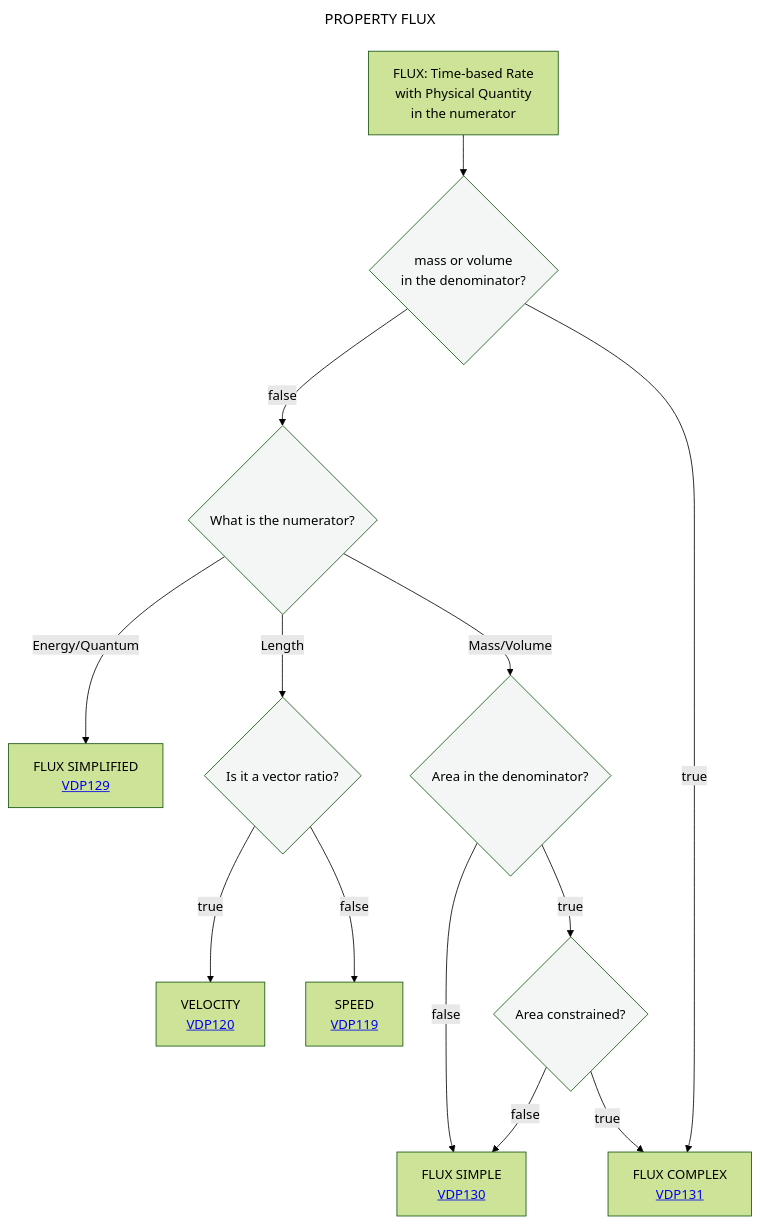
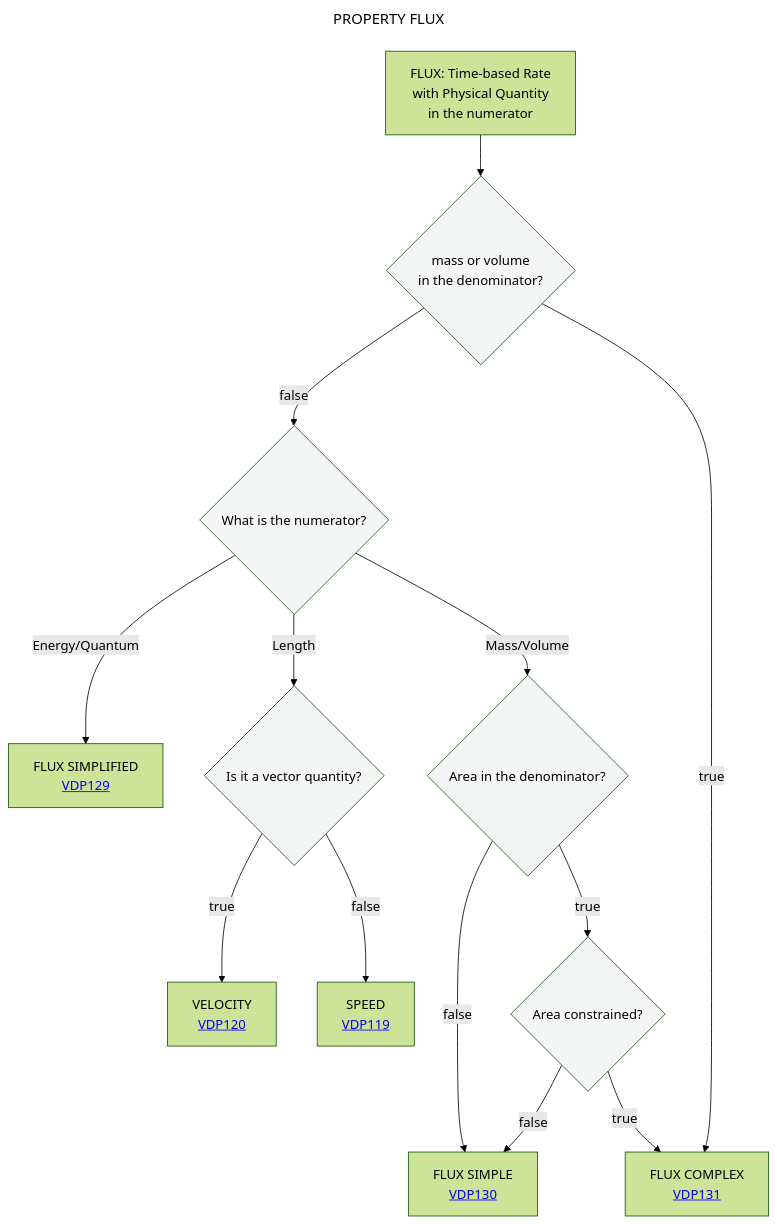
The diagram in Decisition_trees/DT4.mmd (mabablue/I-ADOPT-patterns-playground), drawn with Mermaid (forest theme) before and after one commit.

```diff
--- a/Decisition_trees/DT4.mmd
+++ b/Decisition_trees/DT4.mmd
@@ -1,20 +1,20 @@
 ---
 title: PROPERTY FLUX
 ---
 flowchart TD
     A[FLUX: Time-based Rate <br> with Physical Quantity <br> in the numerator] --> B{mass or volume <br> in the denominator?}:::white
     B --> |false|C{What is the numerator?}:::white
     C -- Energy/Quantum--> D[FLUX SIMPLIFIED <br> <a href='https://github.com/mabablue/I-ADOPT-patterns-playground/blob/main/pattern/VDP129.yaml'>VDP129</a>]
-    C -- Length --> E{Is it a vector ratio?}:::white
+    C -- Length --> E{Is it a vector quantity?}:::white
     E --> |true|J[VELOCITY <br> <a href='https://github.com/mabablue/I-ADOPT-patterns-playground/blob/main/pattern/VDP120.yaml'>VDP120</a] 
     E --> |false|K[SPEED <br> <a href='https://github.com/mabablue/I-ADOPT-patterns-playground/blob/main/pattern/VDP119.yaml'>VDP119</a] 
     C -- Mass/Volume --> F{Area in the denominator?}:::white
     F --> |true|G{Area constrained?}:::white 
     G --> |true|H[FLUX COMPLEX <br> <a href='https://github.com/mabablue/I-ADOPT-patterns-playground/blob/main/pattern/VDP131.yaml'>VDP131</a>]
     F --> |false|I[FLUX SIMPLE <br> <a href='https://github.com/mabablue/I-ADOPT-patterns-playground/blob/main/pattern/VDP130.yaml'>VDP130</a>]
     G --> |false|I
     B --> |true|H
    classDef blue fill:#90D5FF
    classDef satblue fill:#57B9FF 
    classDef white fill:#f3f6f4
    classDef green fill:#6aa84f
```
